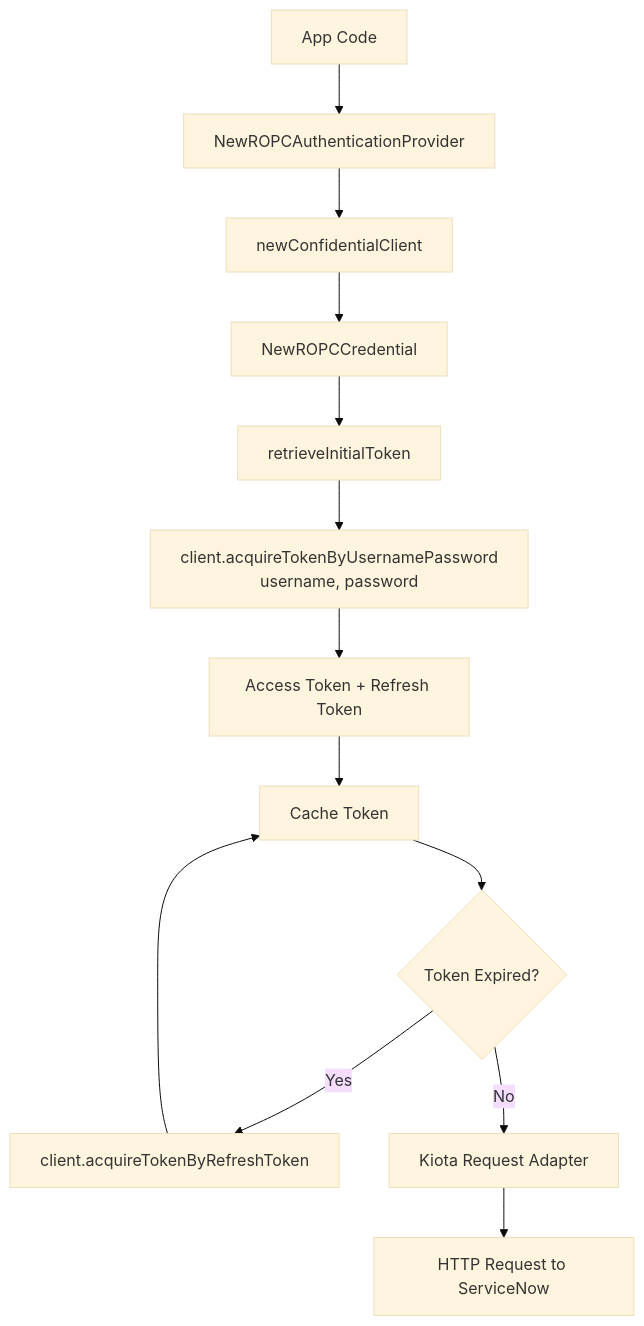
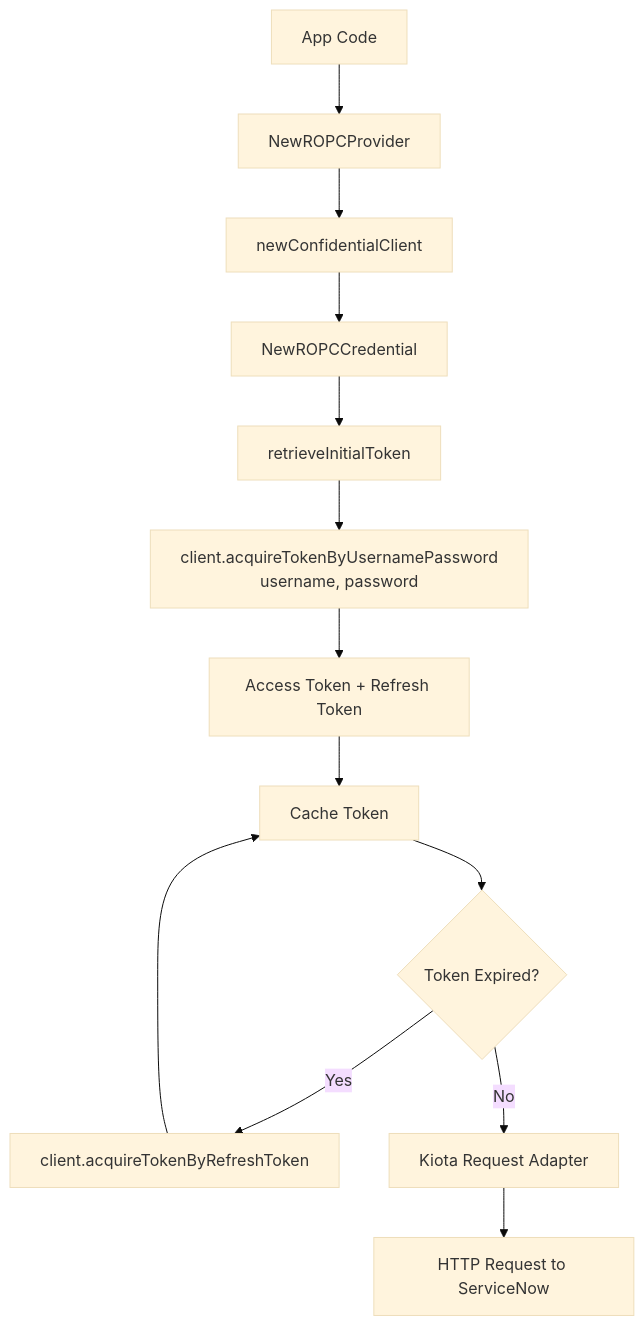
Before and after one commit to michaeldcanady/servicenow-sdk-go: the diagram in website/docs/user-guide/authentication/ropc.md, drawn with Mermaid (base theme). The commit also changed other lines of this file and 16 other files, not shown here.

````diff
--- a/website/docs/user-guide/authentication/ropc.md
+++ b/website/docs/user-guide/authentication/ropc.md
@@ -28,21 +28,21 @@
 ```mermaid
 flowchart TD
-    A[App Code] --> B[NewROPCAuthenticationProvider]
+    A[App Code] --> B[NewROPCProvider]
     B --> C[newConfidentialClient]
     C --> D[NewROPCCredential]
 
     %% Initial Token Acquisition
     D --> E[retrieveInitialToken]
     E --> F[client.acquireTokenByUsernamePassword<br/>username, password]
     F --> G[Access Token + Refresh Token]
     G --> H[Cache Token]
 
     %% Refresh Flow
     H --> I{Token Expired?}
     I -->|Yes| J[client.acquireTokenByRefreshToken]
     J --> H
 
     %% Request Pipeline
     I -->|No| K[Kiota Request Adapter]
     K --> L[HTTP Request to ServiceNow]
 ```
````
